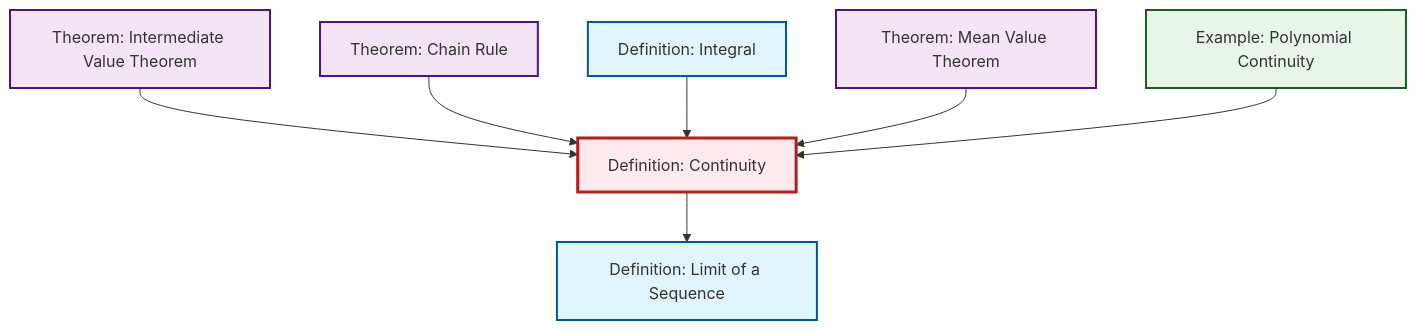
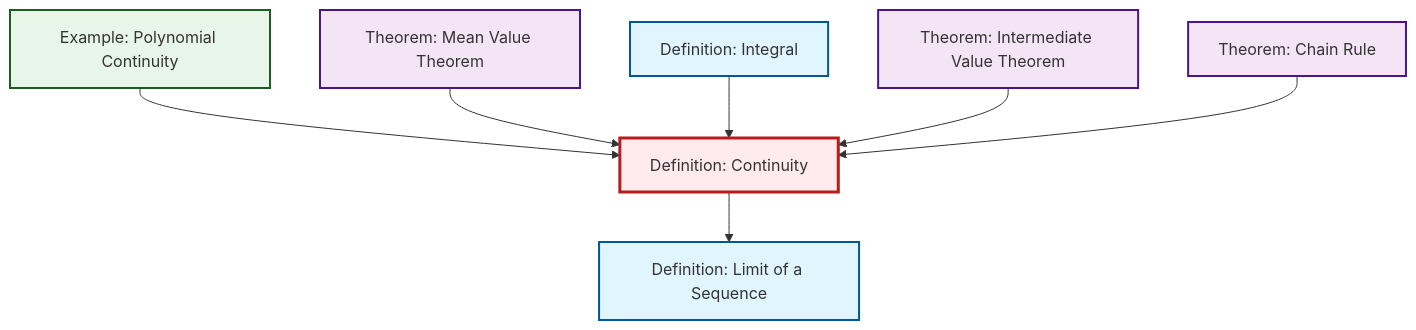
The diagram in content/ja/analysis/def-continuity.qmd (RK0429/ModernMath), drawn with Mermaid before and after one commit. The commit also changed other lines of this file and 417 other files, not shown here.

````diff
--- a/content/ja/analysis/def-continuity.qmd
+++ b/content/ja/analysis/def-continuity.qmd
@@ -58,29 +58,29 @@
 ```{mermaid}
 %%| fig-cap: "Local dependency graph"
 graph TD
     classDef definition fill:#e1f5fe,stroke:#01579b,stroke-width:2px
     classDef theorem fill:#f3e5f5,stroke:#4a148c,stroke-width:2px
     classDef axiom fill:#fff3e0,stroke:#e65100,stroke-width:2px
     classDef example fill:#e8f5e9,stroke:#1b5e20,stroke-width:2px
     classDef current fill:#ffebee,stroke:#b71c1c,stroke-width:3px
+    def-continuity["Definition: Continuity"]:::definition
+    ex-polynomial-continuity["Example: Polynomial Continuity"]:::example
+    thm-mean-value["Theorem: Mean Value Theorem"]:::theorem
     thm-chain-rule["Theorem: Chain Rule"]:::theorem
-    thm-intermediate-value["Theorem: Intermediate Value Theorem"]:::theorem
-    ex-polynomial-continuity["Example: Polynomial Continuity"]:::example
     def-integral["Definition: Integral"]:::definition
     def-limit["Definition: Limit of a Sequence"]:::definition
-    def-continuity["Definition: Continuity"]:::definition
-    thm-mean-value["Theorem: Mean Value Theorem"]:::theorem
+    thm-intermediate-value["Theorem: Intermediate Value Theorem"]:::theorem
+    ex-polynomial-continuity --> def-continuity
+    def-continuity --> def-limit
+    thm-mean-value --> def-continuity
+    def-integral --> def-continuity
     thm-intermediate-value --> def-continuity
     thm-chain-rule --> def-continuity
-    def-integral --> def-continuity
-    thm-mean-value --> def-continuity
-    ex-polynomial-continuity --> def-continuity
-    def-continuity --> def-limit
     class def-continuity current
+    click ex-polynomial-continuity "ex-polynomial-continuity.html" "Example: Polynomial Continuityへ"
+    click thm-mean-value "thm-mean-value.html" "Theorem: Mean Value Theoremへ"
     click thm-chain-rule "thm-chain-rule.html" "Theorem: Chain Ruleへ"
-    click thm-intermediate-value "thm-intermediate-value.html" "Theorem: Intermediate Value Theoremへ"
-    click ex-polynomial-continuity "ex-polynomial-continuity.html" "Example: Polynomial Continuityへ"
     click def-integral "def-integral.html" "Definition: Integralへ"
     click def-limit "def-limit.html" "Definition: Limit of a Sequenceへ"
-    click thm-mean-value "thm-mean-value.html" "Theorem: Mean Value Theoremへ"
+    click thm-intermediate-value "thm-intermediate-value.html" "Theorem: Intermediate Value Theoremへ"
 ```
````
